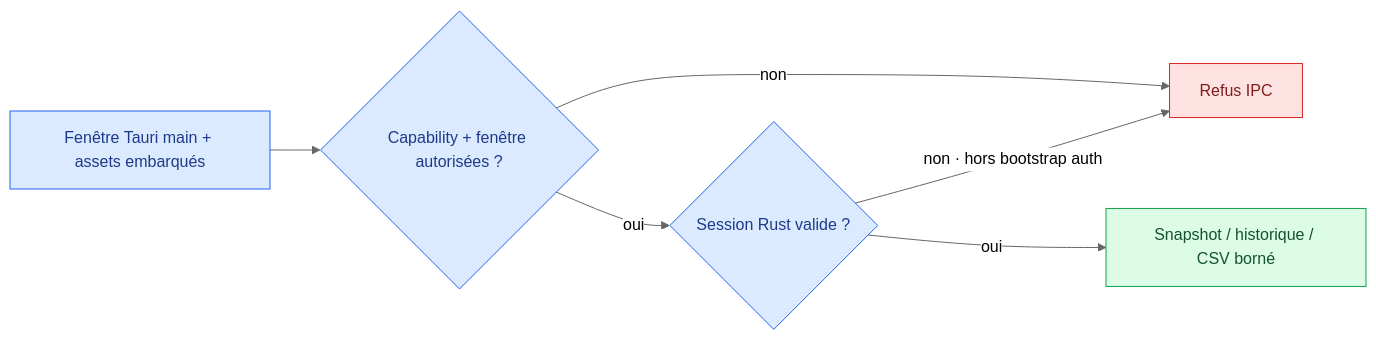
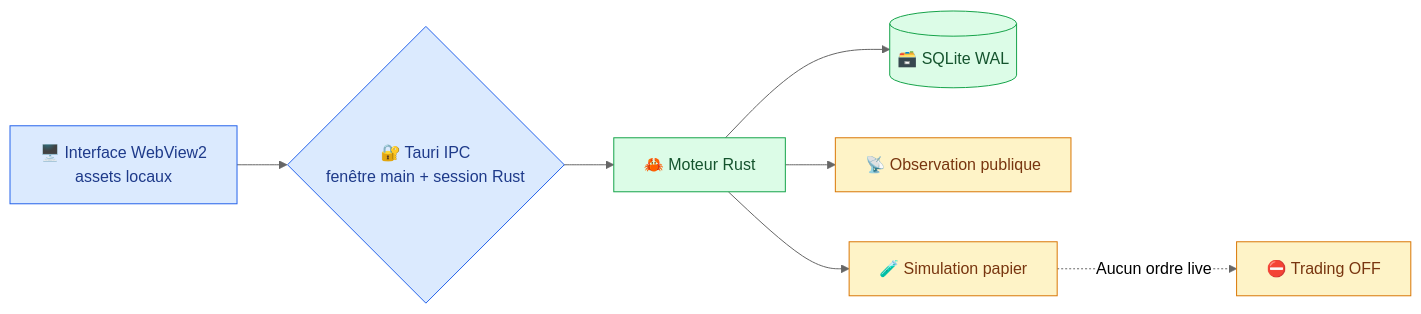
Before and after one commit to suvorovpravda/Pravda-Bot: the diagram in README.md, drawn with Mermaid (neutral theme). The commit also changed other lines of this file, not shown here.

````diff
--- a/README.md
+++ b/README.md
@@ -306,11 +94,15 @@
 ```mermaid
 flowchart LR
-    classDef allow fill:#dcfce7,stroke:#16a34a,color:#14532d
-    classDef block fill:#fee2e2,stroke:#dc2626,color:#7f1d1d
-    classDef step fill:#dbeafe,stroke:#2563eb,color:#1e3a8a
-    LOCAL["Fenêtre Tauri main + assets embarqués"]:::step --> ACL{"Capability + fenêtre autorisées ?"}:::step
-    ACL -->|non| DENY["Refus IPC"]:::block
-    ACL -->|oui| AUTH{"Session Rust valide ?"}:::step
-    AUTH -->|non · hors bootstrap auth| DENY
-    AUTH -->|oui| READ["Snapshot / historique / CSV borné"]:::allow
+  UI["🖥️ Interface WebView2<br/>assets locaux"] --> AUTH{"🔐 Tauri IPC<br/>fenêtre main + session Rust"}
+  AUTH --> RUST["🦀 Moteur Rust"]
+  RUST --> DB[("🗃️ SQLite WAL")]
+  RUST --> OBS["📡 Observation publique"]
+  RUST --> PAPER["🧪 Simulation papier"]
+  PAPER -. "Aucun ordre live" .-> BLOCK["⛔ Trading OFF"]
+  classDef blue fill:#dbeafe,stroke:#2563eb,color:#1e3a8a
+  classDef green fill:#dcfce7,stroke:#16a34a,color:#14532d
+  classDef amber fill:#fef3c7,stroke:#d97706,color:#78350f
+  class UI,AUTH blue
+  class RUST,DB green
+  class OBS,PAPER,BLOCK amber
 ```
````
